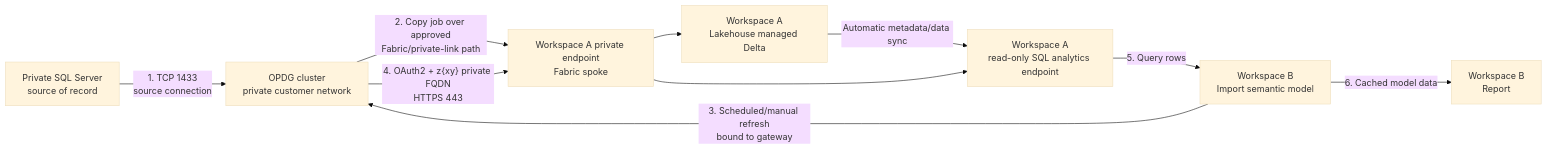
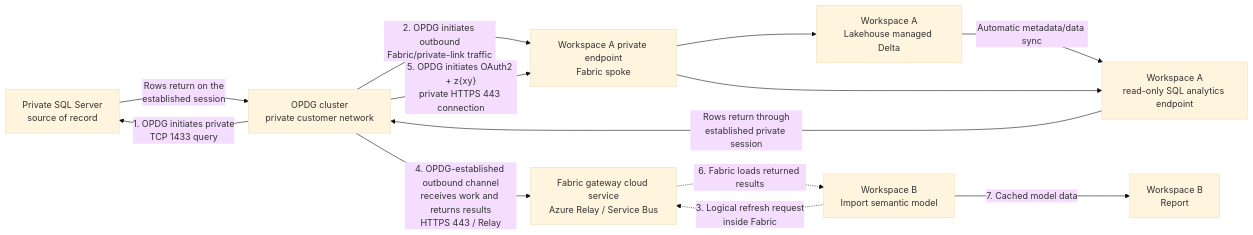
Before and after one commit to roie9876/Fabric-LZ: the second of 2 diagrams in DEPLOYMENT-GUIDE.md, drawn with Mermaid (base theme). The commit also changed other lines of this file, not shown here.

Commit message:
Correct OPDG refresh network direction

````diff
--- a/DEPLOYMENT-GUIDE.md
+++ b/DEPLOYMENT-GUIDE.md
@@ -2137,20 +2137,24 @@
 ```mermaid
 flowchart LR
    SQL["Private SQL Server<br/>source of record"]
    GW["OPDG cluster<br/>private customer network"]
+  GWS["Fabric gateway cloud service<br/>Azure Relay / Service Bus"]
    PE["Workspace A private endpoint<br/>Fabric spoke"]
    LH["Workspace A<br/>Lakehouse managed Delta"]
    SQLEP["Workspace A<br/>read-only SQL analytics endpoint"]
    MODEL["Workspace B<br/>Import semantic model"]
    REPORT["Workspace B<br/>Report"]
 
-   SQL -->|"1. TCP 1433<br/>source connection"| GW
-   GW -->|"2. Copy job over approved<br/>Fabric/private-link path"| PE
+  GW -->|"1. OPDG initiates private<br/>TCP 1433 query"| SQL
+  SQL -->|"Rows return on the<br/>established session"| GW
+  GW -->|"2. OPDG initiates outbound<br/>Fabric/private-link traffic"| PE
    PE --> LH
    LH -->|"Automatic metadata/data sync"| SQLEP
-   MODEL -->|"3. Scheduled/manual refresh<br/>bound to gateway"| GW
-   GW -->|"4. OAuth2 + z{xy} private FQDN<br/>HTTPS 443"| PE
+  MODEL -.->|"3. Logical refresh request<br/>inside Fabric"| GWS
+  GW -->|"4. OPDG-established outbound channel<br/>receives work and returns results<br/>HTTPS 443 / Relay"| GWS
+  GW -->|"5. OPDG initiates OAuth2 + z{xy}<br/>private HTTPS 443 connection"| PE
    PE --> SQLEP
-   SQLEP -->|"5. Query rows"| MODEL
-   MODEL -->|"6. Cached model data"| REPORT
+  SQLEP -->|"Rows return through<br/>established private session"| GW
+  GWS -.->|"6. Fabric loads returned results"| MODEL
+  MODEL -->|"7. Cached model data"| REPORT
 ```
````
